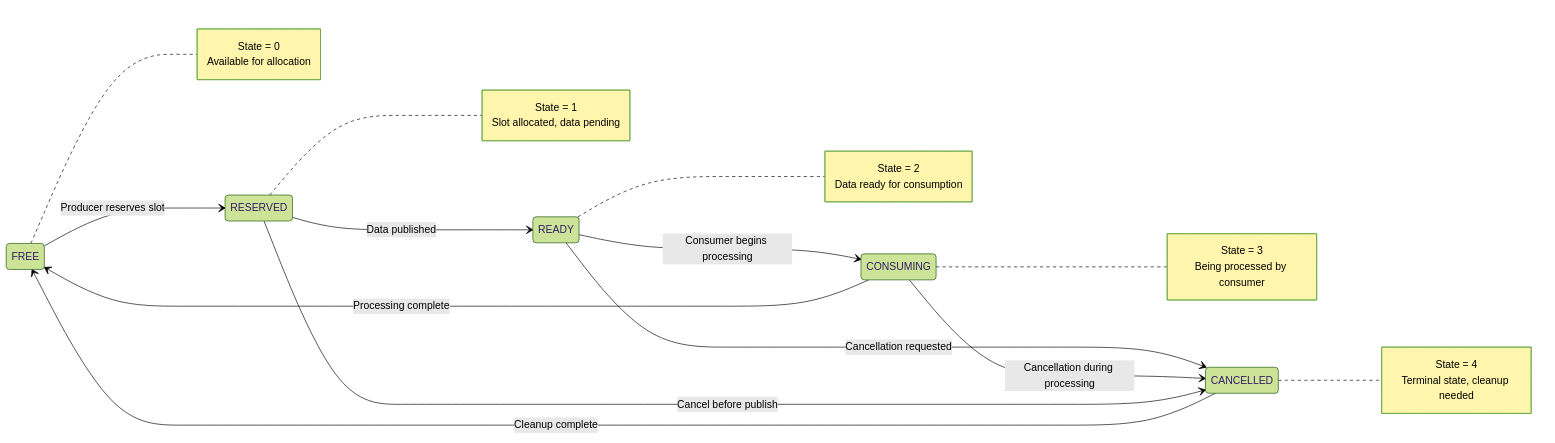
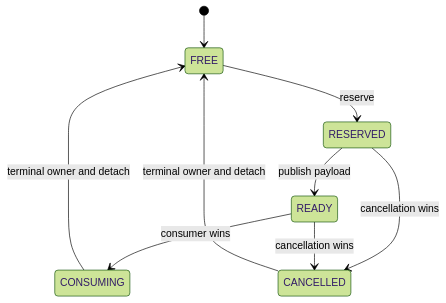
The third of 4 diagrams in answer/02_architecture.md (YasayanEfsane/kerneltest), drawn with Mermaid (forest theme) before and after one commit. The commit also changed other lines of this file and 32 other files, not shown here.

````diff
--- a/answer/02_architecture.md
+++ b/answer/02_architecture.md
@@ -149,38 +111,11 @@
 ```mermaid
 stateDiagram-v2
-    direction LR
-    
-    FREE --> RESERVED: Producer reserves slot
-    RESERVED --> READY: Data published
-    READY --> CONSUMING: Consumer begins processing
-    CONSUMING --> FREE: Processing complete
-    READY --> CANCELLED: Cancellation requested
-    CONSUMING --> CANCELLED: Cancellation during processing
-    CANCELLED --> FREE: Cleanup complete
-    RESERVED --> CANCELLED: Cancel before publish
-    
-    note right of FREE
-        State = 0
-        Available for allocation
-    end note
-    
-    note right of RESERVED
-        State = 1
-        Slot allocated, data pending
-    end note
-    
-    note right of READY
-        State = 2
-        Data ready for consumption
-    end note
-    
-    note right of CONSUMING
-        State = 3
-        Being processed by consumer
-    end note
-    
-    note right of CANCELLED
-        State = 4
-        Terminal state, cleanup needed
-    end note
+    [*] --> FREE
+    FREE --> RESERVED: reserve
+    RESERVED --> READY: publish payload
+    READY --> CONSUMING: consumer wins
+    RESERVED --> CANCELLED: cancellation wins
+    READY --> CANCELLED: cancellation wins
+    CONSUMING --> FREE: terminal owner and detach
+    CANCELLED --> FREE: terminal owner and detach
 ```
````
